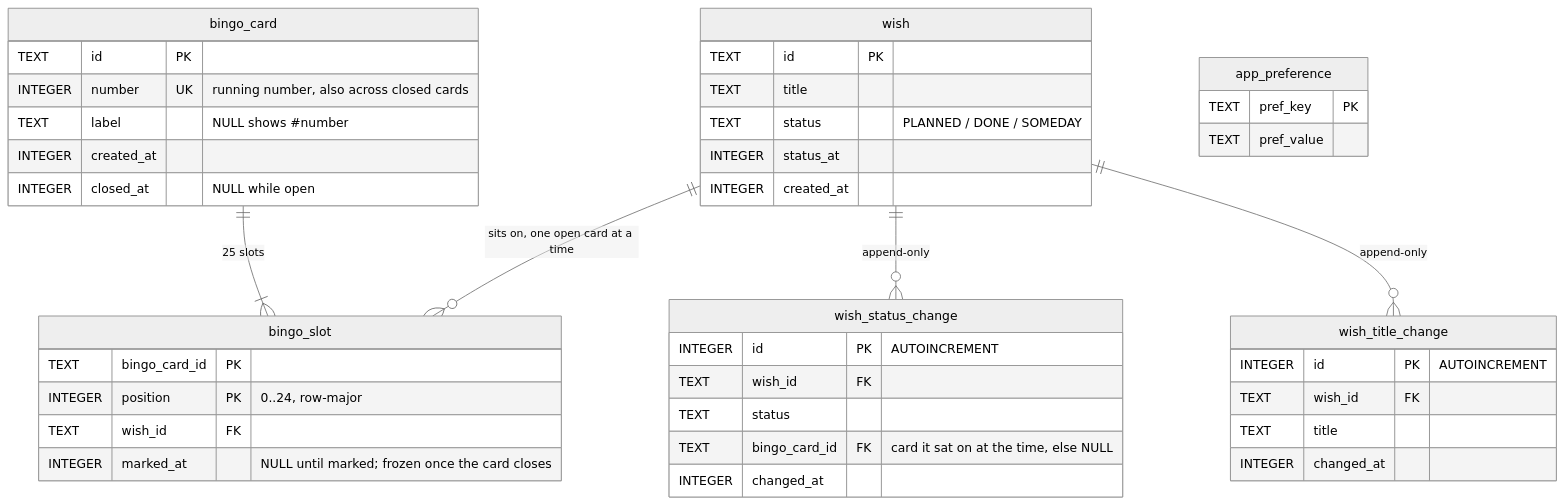
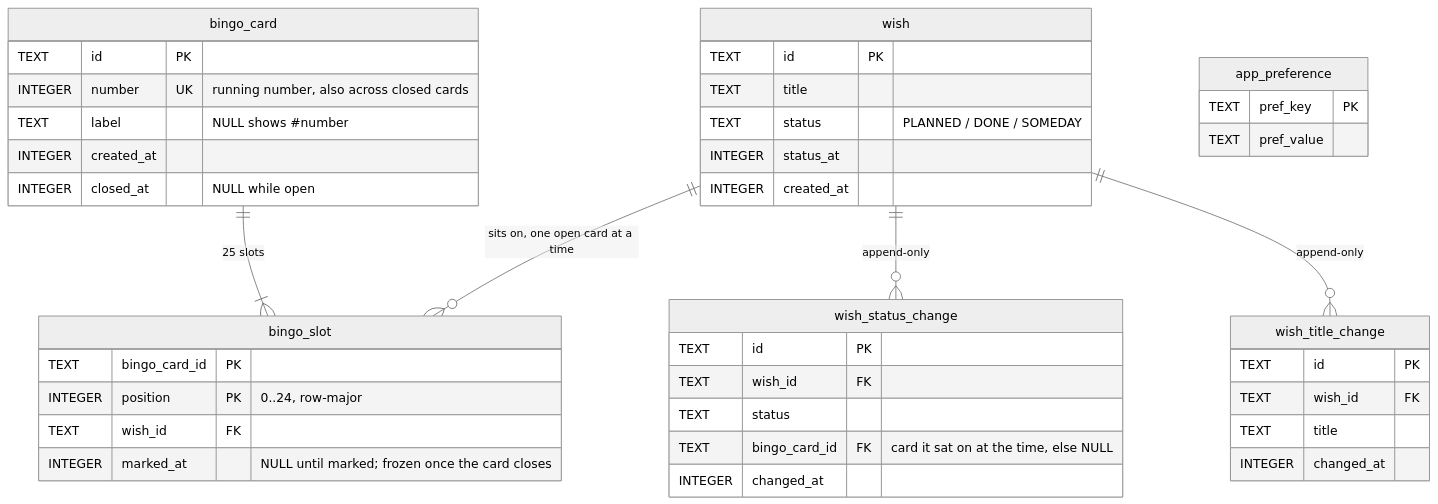
Before and after one commit to rmakiyama/wishline: the diagram in data/src/commonMain/sqldelight/com/rmakiyama/wishline/data/db/AGENTS.md, drawn with Mermaid (neutral theme). The commit also changed other lines of this file and 5 other files, not shown here.

````diff
--- a/data/src/commonMain/sqldelight/com/rmakiyama/wishline/data/db/AGENTS.md
+++ b/data/src/commonMain/sqldelight/com/rmakiyama/wishline/data/db/AGENTS.md
@@ -5,45 +5,45 @@
 ```mermaid
 erDiagram
     wish ||--o{ bingo_slot : "sits on, one open card at a time"
     bingo_card ||--|{ bingo_slot : "25 slots"
     wish ||--o{ wish_status_change : "append-only"
     wish ||--o{ wish_title_change : "append-only"
 
     wish {
         TEXT id PK
         TEXT title
         TEXT status "PLANNED / DONE / SOMEDAY"
         INTEGER status_at
         INTEGER created_at
     }
     bingo_card {
         TEXT id PK
         INTEGER number UK "running number, also across closed cards"
         TEXT label "NULL shows #number"
         INTEGER created_at
         INTEGER closed_at "NULL while open"
     }
     bingo_slot {
         TEXT bingo_card_id PK
         INTEGER position PK "0..24, row-major"
         TEXT wish_id FK
         INTEGER marked_at "NULL until marked; frozen once the card closes"
     }
     wish_status_change {
-        INTEGER id PK "AUTOINCREMENT"
+        TEXT id PK
         TEXT wish_id FK
         TEXT status
         TEXT bingo_card_id FK "card it sat on at the time, else NULL"
         INTEGER changed_at
     }
     wish_title_change {
-        INTEGER id PK "AUTOINCREMENT"
+        TEXT id PK
         TEXT wish_id FK
         TEXT title
         INTEGER changed_at
     }
     app_preference {
         TEXT pref_key PK
         TEXT pref_value
     }
 ```
````
